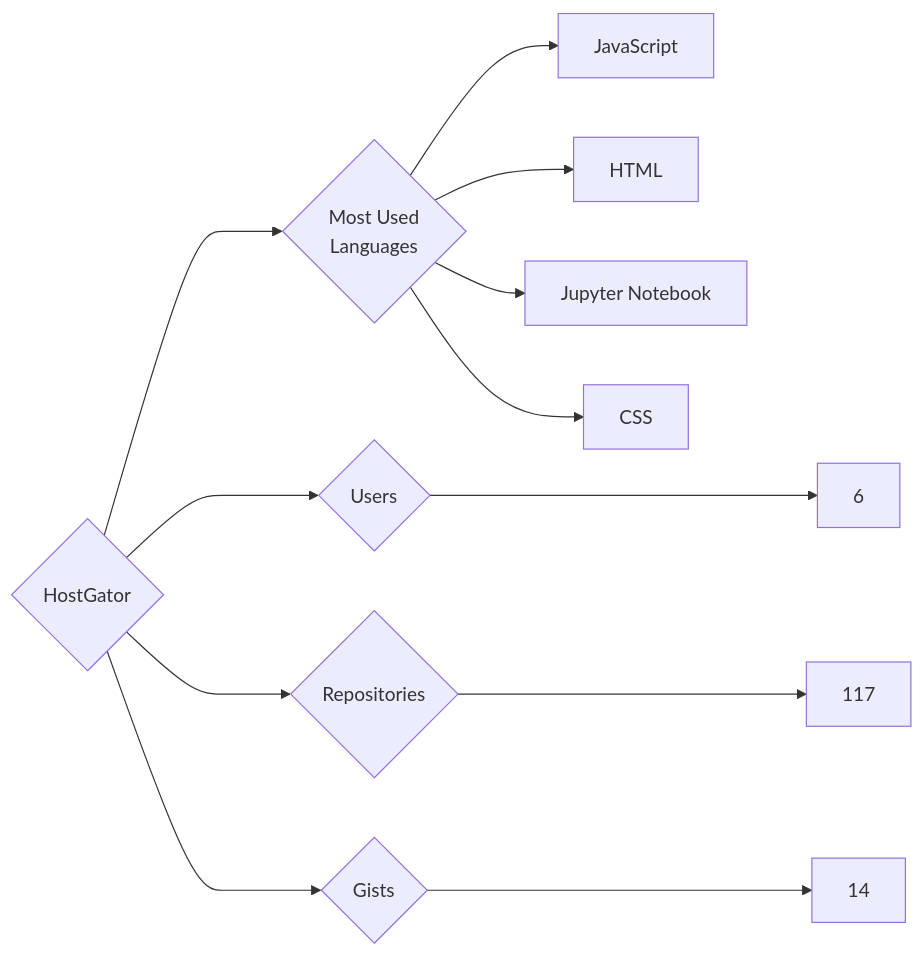
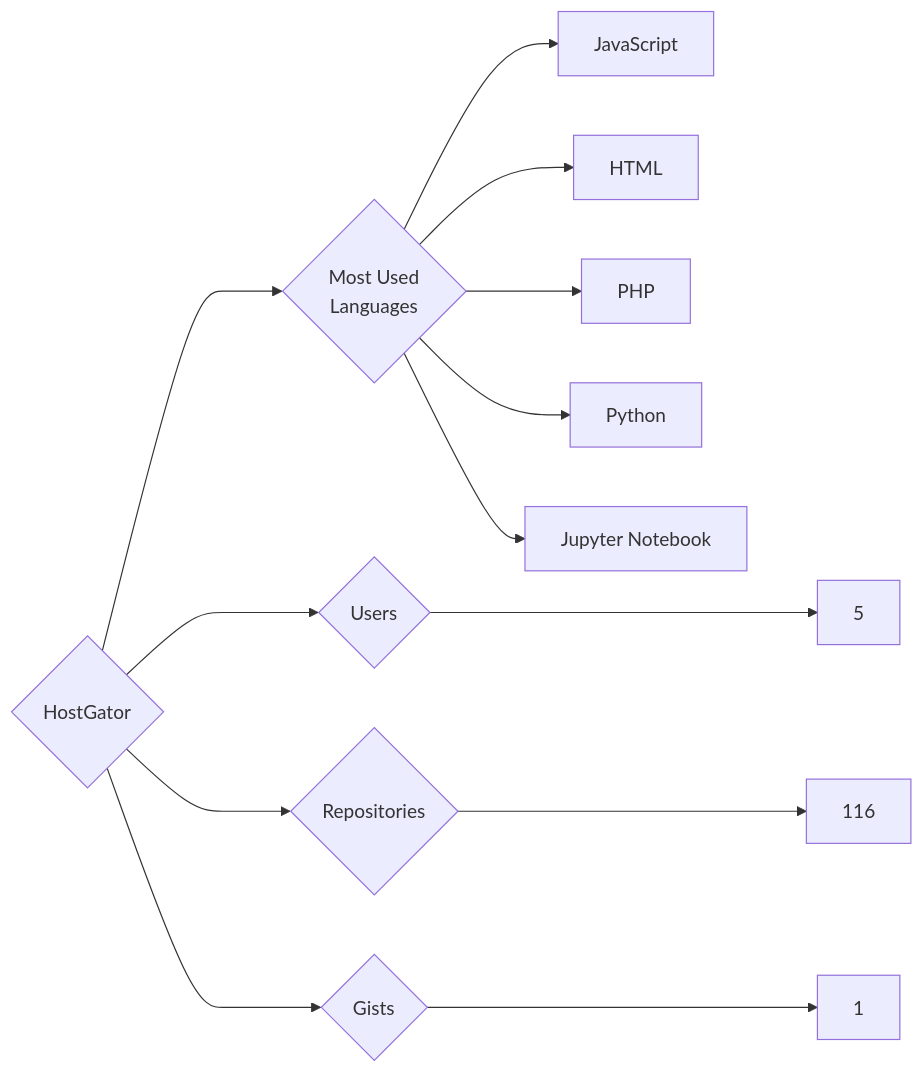
One commit to trickest/insiders changed the diagram in targets/HostGator/README.md. Above: the diagram before and after it, drawn with Mermaid. The commit also changed 1088 other files, not shown here.

````diff
--- a/targets/HostGator/README.md
+++ b/targets/HostGator/README.md
@@ -3,12 +3,13 @@
 ```mermaid
 graph LR
 COMPANY_NAME{HostGator}
-COMPANY_NAME ---> U{Users} ---> UN[6]
-COMPANY_NAME ---> R{Repositories} ---> RN[117]
-COMPANY_NAME ---> G{Gists} ---> GN[14]
+COMPANY_NAME ---> U{Users} ---> UN[5]
+COMPANY_NAME ---> R{Repositories} ---> RN[116]
+COMPANY_NAME ---> G{Gists} ---> GN[1]
 COMPANY_NAME ---> ML{Most Used<br>Languages}
 ML --> JavaScript[JavaScript]
 ML --> HTML[HTML]
+ML --> PHP[PHP]
+ML --> Python[Python]
 ML --> Jupyter_Notebook[Jupyter Notebook]
-ML --> CSS[CSS]
 ```
````
